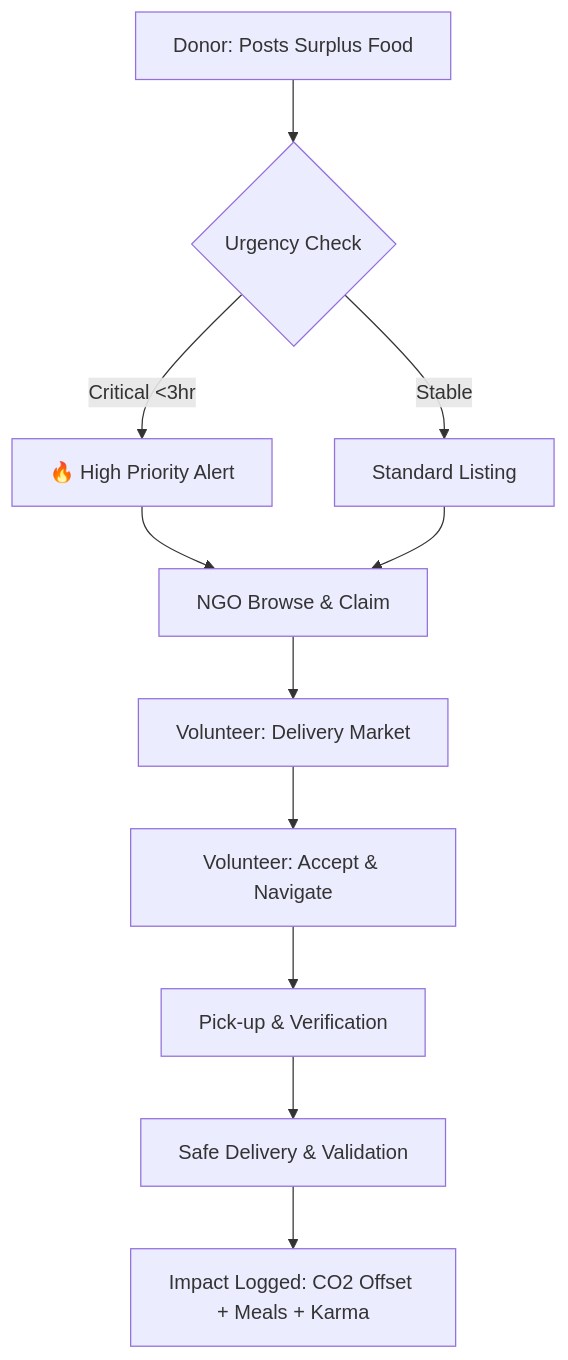
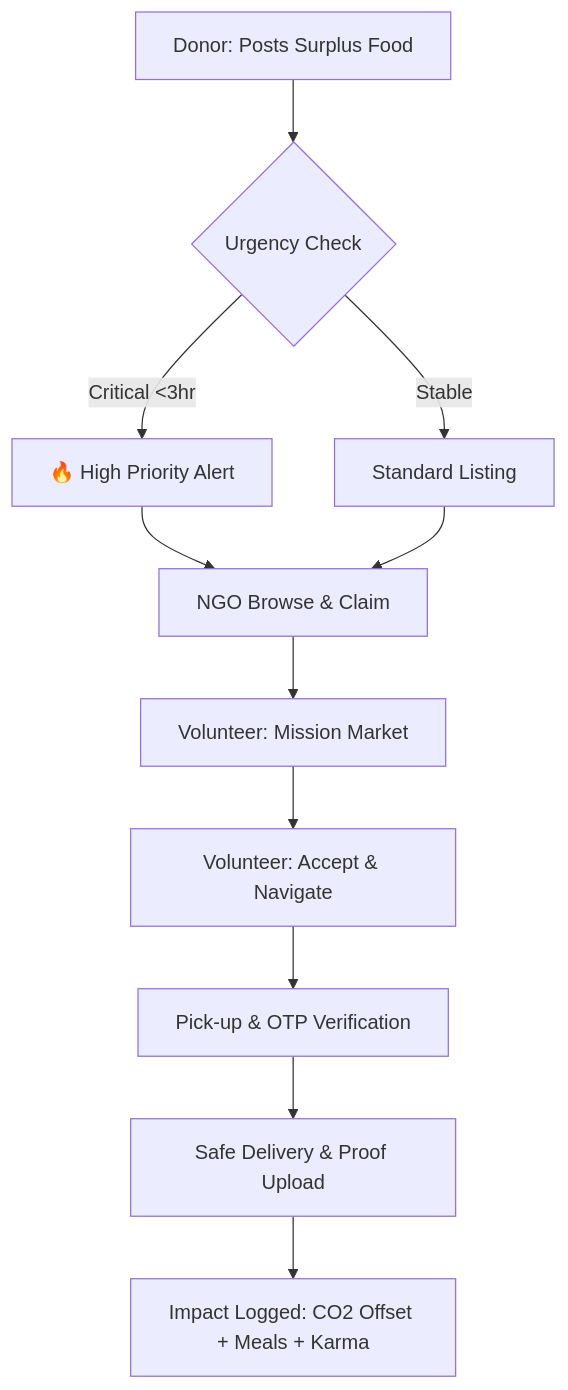
Before and after one commit to BTKcreations/Food_Management_For_NGO_and_Donar: the diagram in README.md, drawn with Mermaid. The commit also changed other lines of this file and 1 other file, not shown here.

````diff
--- a/README.md
+++ b/README.md
@@ -36,13 +37,13 @@
 ```mermaid
 graph TD
     A[Donor: Posts Surplus Food] --> B{Urgency Check}
     B -->|Critical <3hr| C[🔥 High Priority Alert]
     B -->|Stable| D[Standard Listing]
     C --> E[NGO Browse & Claim]
     D --> E
-    E --> F[Volunteer: Delivery Market]
+    E --> F[Volunteer: Mission Market]
     F --> G[Volunteer: Accept & Navigate]
-    G --> H[Pick-up & Verification]
-    H --> I[Safe Delivery & Validation]
+    G --> H[Pick-up & OTP Verification]
+    H --> I[Safe Delivery & Proof Upload]
     I --> J[Impact Logged: CO2 Offset + Meals + Karma]
 ```
````
